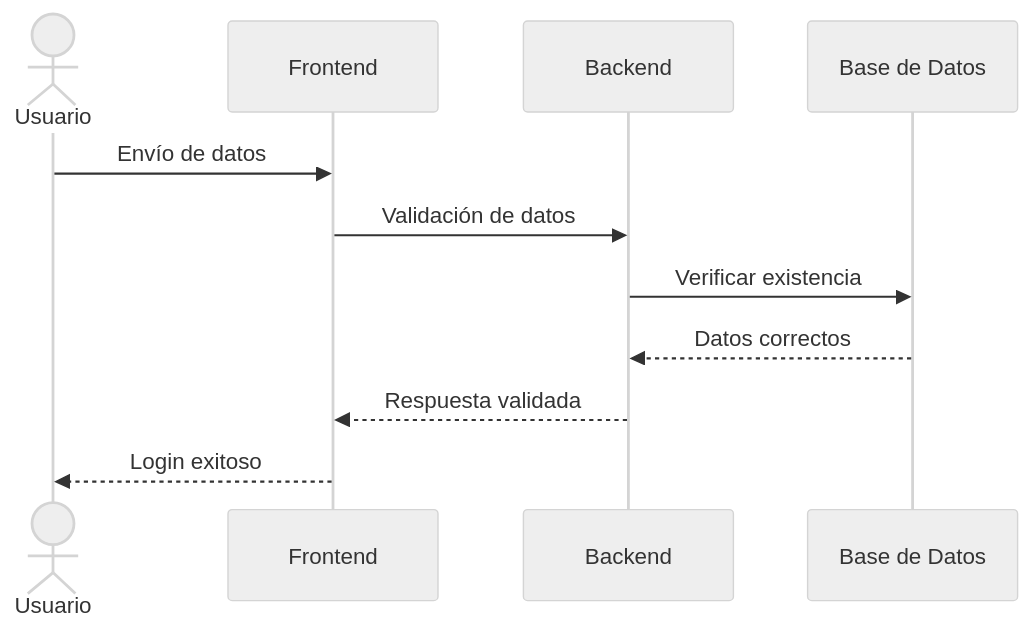
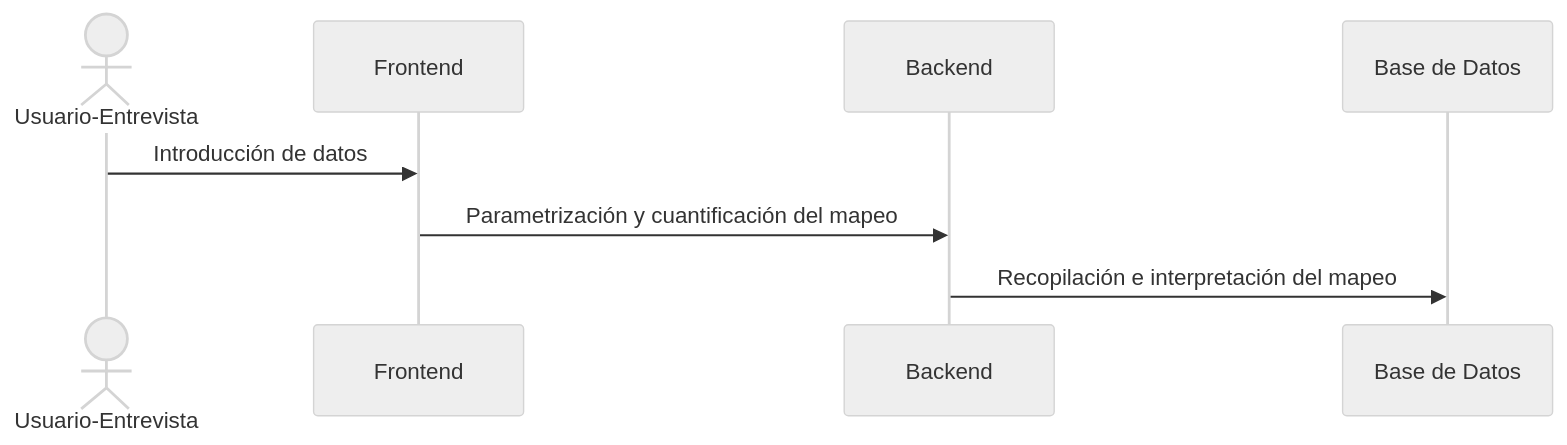
The diagram in README.md (MartaGDC/UD6_DesarrolloInterfaces), drawn with Mermaid (neutral theme) before and after one commit. The commit also changed other lines of this file, not shown here.

````diff
--- a/README.md
+++ b/README.md
@@ -49,16 +54,12 @@
 ```mermaid
-
 sequenceDiagram
-actor User as Usuario
+actor User as Usuario-Entrevista
 participant FE as Frontend
 participant BE as Backend
 participant DB as Base de Datos
 
-User ->> FE: Envío de datos
-FE ->> BE: Validación de datos
-BE ->> DB: Verificar existencia
-DB -->> BE: Datos correctos
-BE -->> FE: Respuesta validada
-FE -->> User: Login exitoso
+User ->> FE: Introducción de datos
+FE ->> BE: Parametrización y cuantificación del mapeo
+BE ->> DB: Recopilación e interpretación del mapeo
 
 ```
````
